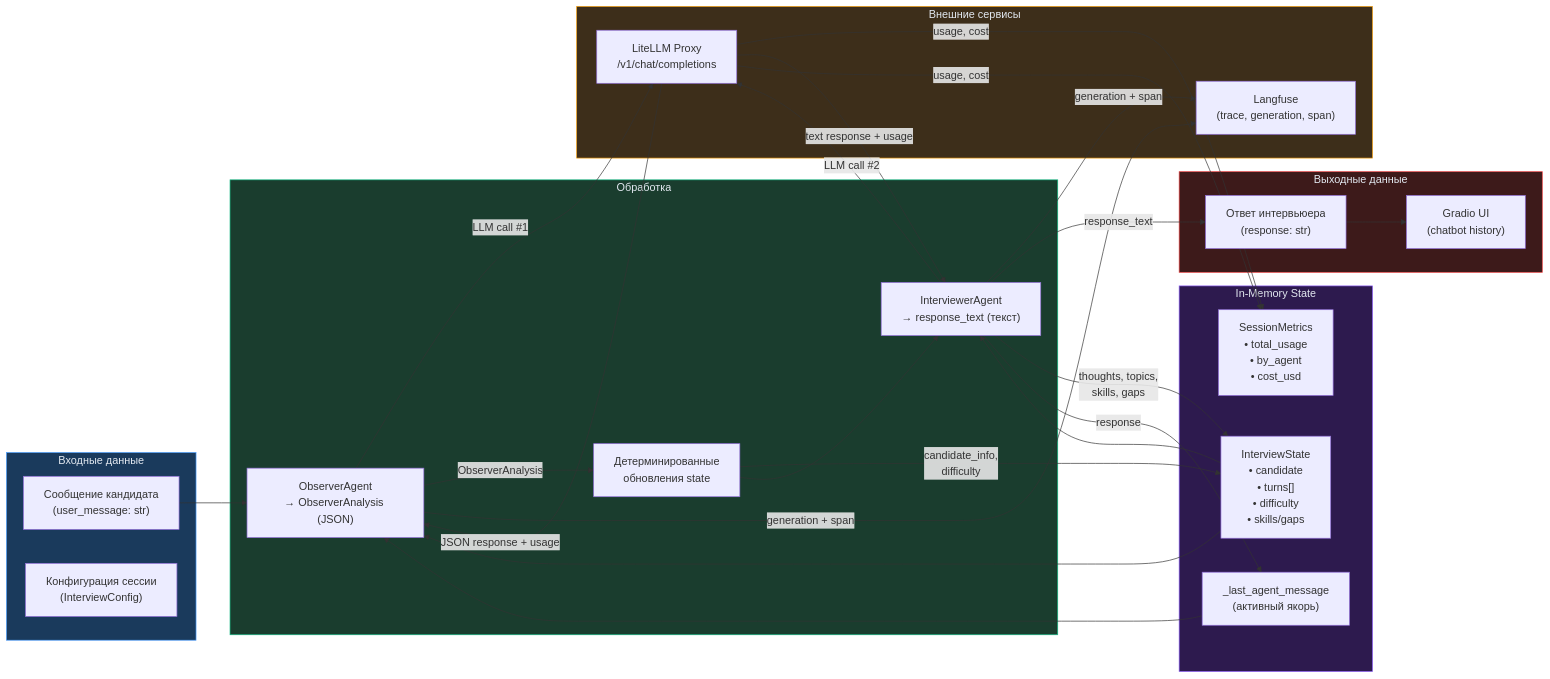
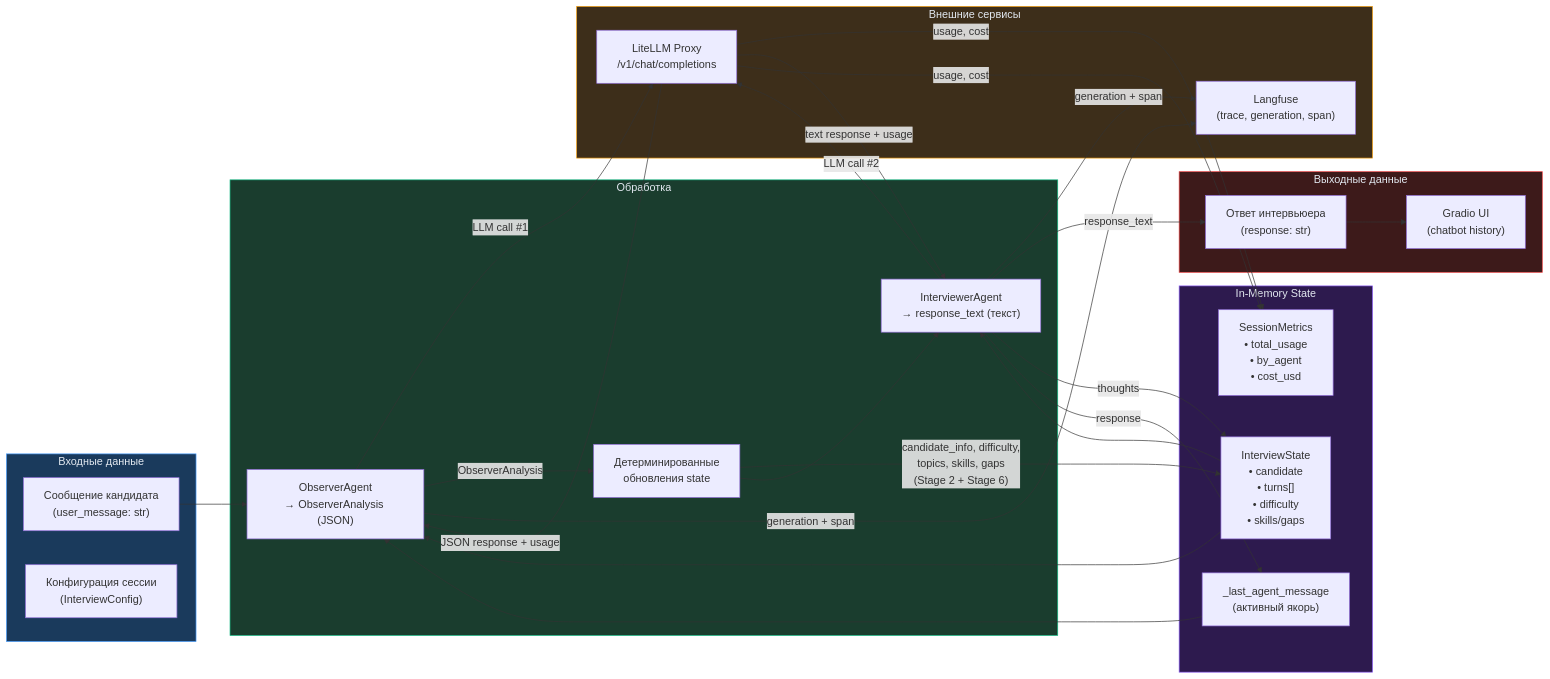
Before and after one commit to RomiconEZ/Multi-Agent-Interview-Coach: the first of 6 diagrams in docs/diagrams/data-flow.md, drawn with Mermaid. The commit also changed other lines of this file and 3 other files, not shown here.

Commit message:
Update documentation: enhance clarity of LLM infrastructure, cache handling, and data flow details

````diff
--- a/docs/diagrams/data-flow.md
+++ b/docs/diagrams/data-flow.md
@@ -9,57 +9,57 @@
 ```mermaid
 flowchart LR
     subgraph INPUT["Входные данные"]
         UM["Сообщение кандидата<br/>(user_message: str)"]
         CFG["Конфигурация сессии<br/>(InterviewConfig)"]
     end
 
     subgraph STATE["In-Memory State"]
         IS["InterviewState<br/>• candidate<br/>• turns[]<br/>• difficulty<br/>• skills/gaps"]
         SM["SessionMetrics<br/>• total_usage<br/>• by_agent<br/>• cost_usd"]
         LAM["_last_agent_message<br/>(активный якорь)"]
     end
 
     subgraph PROCESSING["Обработка"]
         OBS["ObserverAgent<br/>→ ObserverAnalysis (JSON)"]
         UPD["Детерминированные<br/>обновления state"]
         INT["InterviewerAgent<br/>→ response_text (текст)"]
     end
 
     subgraph EXTERNAL["Внешние сервисы"]
         LLM["LiteLLM Proxy<br/>/v1/chat/completions"]
         LF["Langfuse<br/>(trace, generation, span)"]
     end
 
     subgraph OUTPUT["Выходные данные"]
         RESP["Ответ интервьюера<br/>(response: str)"]
         UI["Gradio UI<br/>(chatbot history)"]
     end
 
     UM --> OBS
     IS --> OBS
     LAM --> OBS
     OBS -->|"LLM call #1"| LLM
     LLM -->|"JSON response + usage"| OBS
     OBS -->|"ObserverAnalysis"| UPD
     OBS -->|"generation + span"| LF
     LLM -->|"usage, cost"| SM
 
-    UPD -->|"candidate_info,<br/>difficulty"| IS
+    UPD -->|"candidate_info, difficulty,<br/>topics, skills, gaps<br/>(Stage 2 + Stage 6)"| IS
     UPD --> INT
     IS --> INT
     INT -->|"LLM call #2"| LLM
     LLM -->|"text response + usage"| INT
     INT -->|"generation + span"| LF
     LLM -->|"usage, cost"| SM
 
     INT -->|"response_text"| RESP
-    INT -->|"thoughts, topics,<br/>skills, gaps"| IS
+    INT -->|"thoughts"| IS
     INT -->|"response"| LAM
     RESP --> UI
 
     style INPUT fill:#1a3a5c,stroke:#4a9eff,color:#e2e8f0
     style STATE fill:#2d1a4e,stroke:#8b5cf6,color:#e2e8f0
     style PROCESSING fill:#1a3d2e,stroke:#10b981,color:#e2e8f0
     style EXTERNAL fill:#3d2e1a,stroke:#f59e0b,color:#e2e8f0
     style OUTPUT fill:#3d1a1a,stroke:#ef4444,color:#e2e8f0
 ```
````
